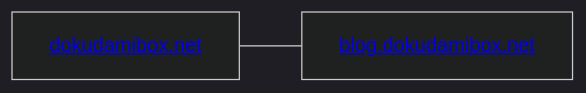
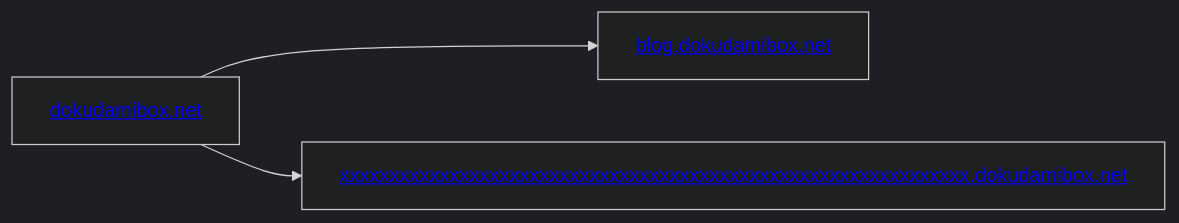
The diagram in index.md (ysdzm/links.dokudamibox.net), drawn with Mermaid (dark theme) before and after one commit.

Commit message:
Fix mermaid syntax for flowchart links

````diff
--- a/index.md
+++ b/index.md
@@ -11,7 +11,9 @@
 ```mermaid
 flowchart LR
     root["<a href='https://dokudamibox.net'>dokudamibox.net</a>"]
     blog["<a href='https://blog.dokudamibox.net'>blog.dokudamibox.net</a>"]
+    x63["<a href='https://xxxxxxxxxxxxxxxxxxxxxxxxxxxxxxxxxxxxxxxxxxxxxxxxxxxxxxxxxxxxxxx.dokudamibox.net'>xxxxxxxxxxxxxxxxxxxxxxxxxxxxxxxxxxxxxxxxxxxxxxxxxxxxxxxxxxxxxxx.dokudamibox.net</a>"]
 
-    root --- blog
+    root --> blog
+    root --> x63
 ```
````
